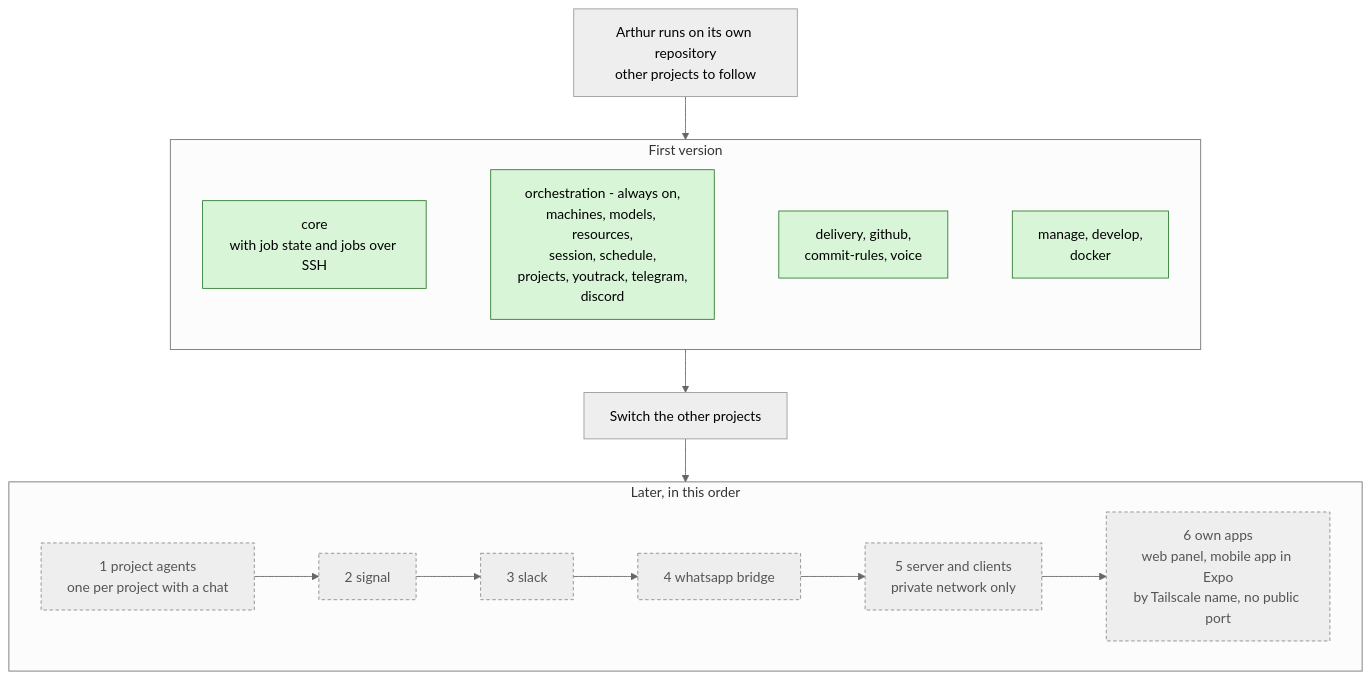
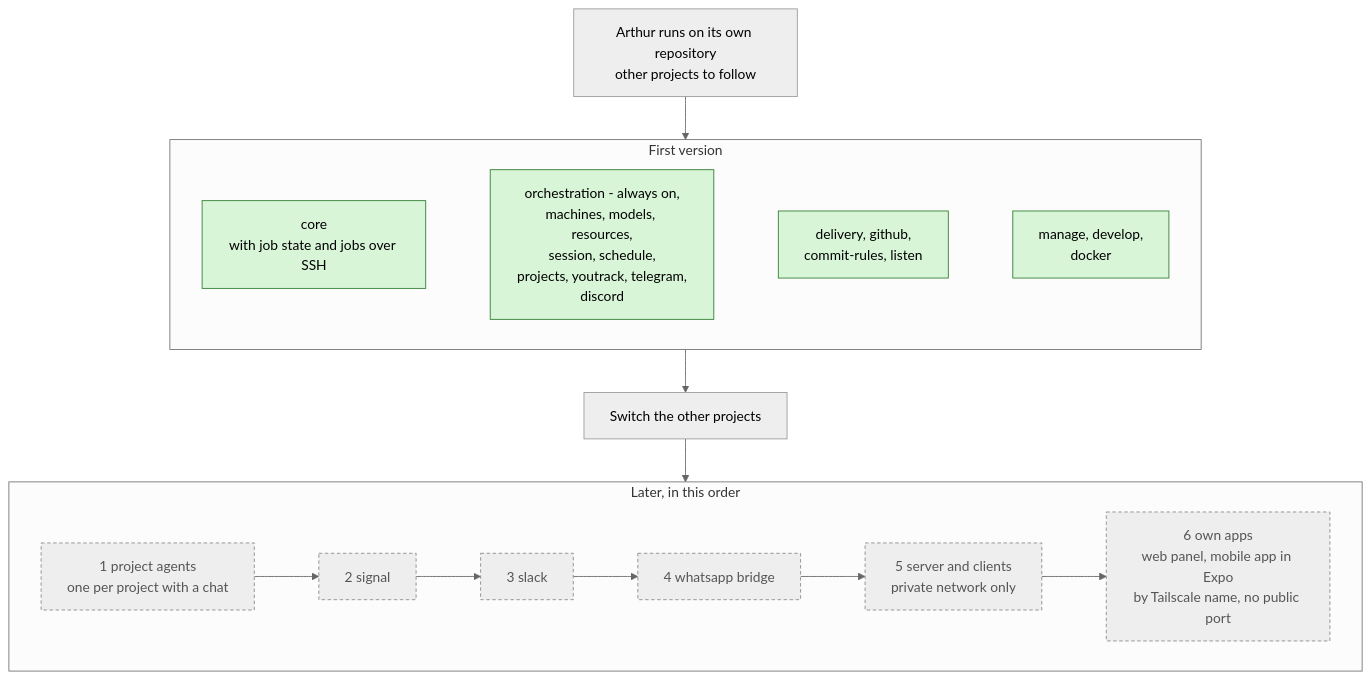
One commit to kacperadler/arthur changed the diagram in docs/architecture/versions.mmd. Above: the diagram before and after it, drawn with Mermaid (neutral theme). The commit also changed 26 other files, not shown here.

Commit message:
refactor(AR0554): rename the voice plugin to listen

```diff
--- a/docs/architecture/versions.mmd
+++ b/docs/architecture/versions.mmd
@@ -1,30 +1,30 @@
 %% From the switch (Arthur runs on its own repository since 2026-10-25) to the rest of Arthur's first version and after it. Green = first version, grey dashed = later.
 flowchart TD
   today[Arthur runs on its own repository<br/>other projects to follow]
 
   subgraph V1[First version]
     core[core<br/>with job state and jobs over SSH]
     p1[orchestration - always on,<br/>machines, models, resources,<br/>session, schedule,<br/>projects, youtrack, telegram,<br/>discord]
-    p2[delivery, github,<br/>commit-rules, voice]
+    p2[delivery, github,<br/>commit-rules, listen]
     p3[manage, develop,<br/>docker]
     core ~~~ p1 ~~~ p2 ~~~ p3
   end
 
   switch2[Switch the other projects]
 
   subgraph V2[Later, in this order]
     agents[1 project agents<br/>one per project with a chat]
     signal[2 signal]
     slack[3 slack]
     whatsapp[4 whatsapp bridge]
     server[5 server and clients<br/>private network only]
     apps[6 own apps<br/>web panel, mobile app in Expo<br/>by Tailscale name, no public port]
     agents --> signal --> slack --> whatsapp --> server --> apps
   end
 
   today --> V1 --> switch2 --> V2
 
   classDef first fill:#d8f5d8,stroke:#2d7a2d,color:#000;
   classDef later fill:#eee,stroke:#888,stroke-dasharray:4 3,color:#555;
   class core,p1,p2,p3 first;
   class agents,signal,slack,whatsapp,server,apps later;
```
